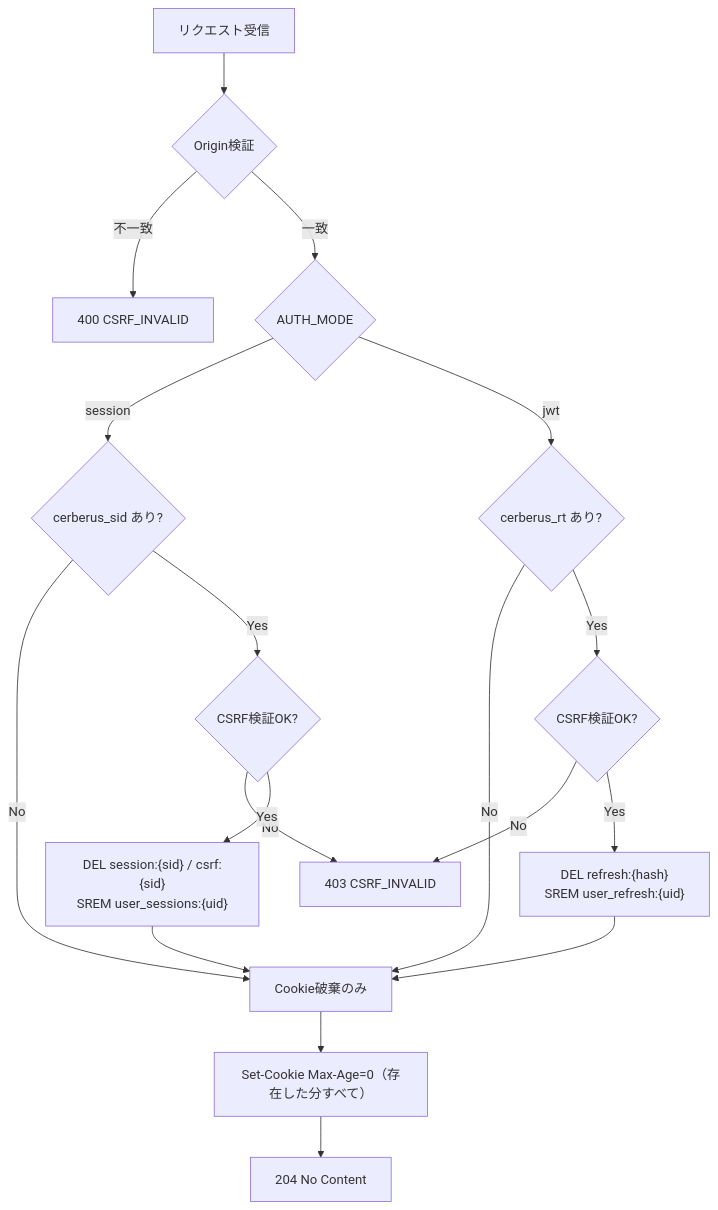
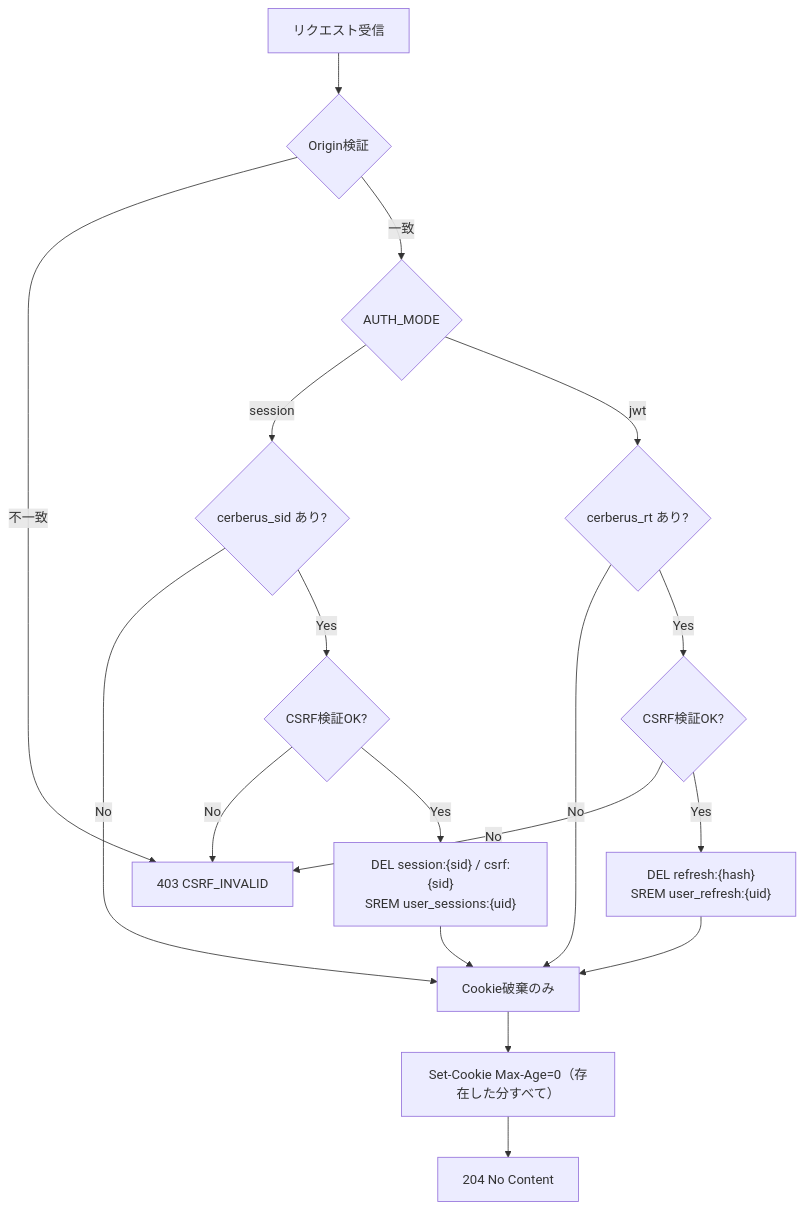
One commit to oikawa-d/task_management changed the second of 4 diagrams in detailed_design/api/auth/03_post_auth_logout.md. Above: the diagram before and after it, drawn with Mermaid. The commit also changed other lines of this file and 6 other files, not shown here.

````diff
--- a/detailed_design/api/auth/03_post_auth_logout.md
+++ b/detailed_design/api/auth/03_post_auth_logout.md
@@ -132,20 +132,20 @@
 ```mermaid
 flowchart TB
     A["リクエスト受信"] --> B{"Origin検証"}
-    B -->|"不一致"| E400["400 CSRF_INVALID"]
+    B -->|"不一致"| E403["403 CSRF_INVALID"]
     B -->|"一致"| C{"AUTH_MODE"}
     C -->|"session"| D1{"cerberus_sid あり?"}
     D1 -->|"No"| G["Cookie破棄のみ"]
     D1 -->|"Yes"| E1{"CSRF検証OK?"}
     E1 -->|"No"| E403["403 CSRF_INVALID"]
     E1 -->|"Yes"| F1["DEL session:{sid} / csrf:{sid}<br/>SREM user_sessions:{uid}"]
     F1 --> G
     C -->|"jwt"| D2{"cerberus_rt あり?"}
     D2 -->|"No"| G
     D2 -->|"Yes"| E2{"CSRF検証OK?"}
     E2 -->|"No"| E403
     E2 -->|"Yes"| F2["DEL refresh:{hash}<br/>SREM user_refresh:{uid}"]
     F2 --> G
     G --> H["Set-Cookie Max-Age=0（存在した分すべて）"]
     H --> I["204 No Content"]
 ```
````
